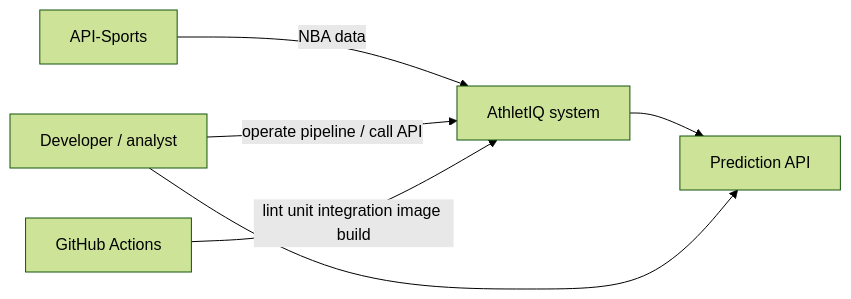
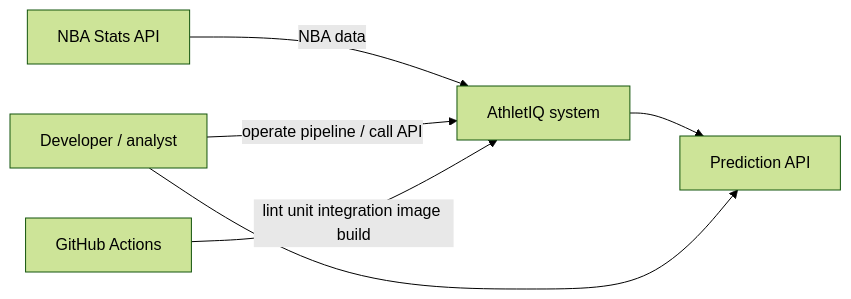
The diagram in docs/04-architecture/diagrams/system-context.mmd (RoeeHadar/AthletIQ), drawn with Mermaid (forest theme) before and after one commit. The commit also changed 31 other files, not shown here.

First line of the commit message:
Bind live NBA ingest to the no-key NBA Stats API.

```diff
--- a/docs/04-architecture/diagrams/system-context.mmd
+++ b/docs/04-architecture/diagrams/system-context.mmd
@@ -1,12 +1,12 @@
 flowchart LR
-  Provider[API-Sports]
+  Provider[NBA Stats API]
   Dev[Developer / analyst]
   AthletIQ[AthletIQ system]
   PredAPI[Prediction API]
   GHA[GitHub Actions]
 
   Provider -->|NBA data| AthletIQ
   Dev -->|operate pipeline / call API| AthletIQ
   AthletIQ --> PredAPI
   Dev --> PredAPI
   GHA -->|lint unit integration image build| AthletIQ
```
